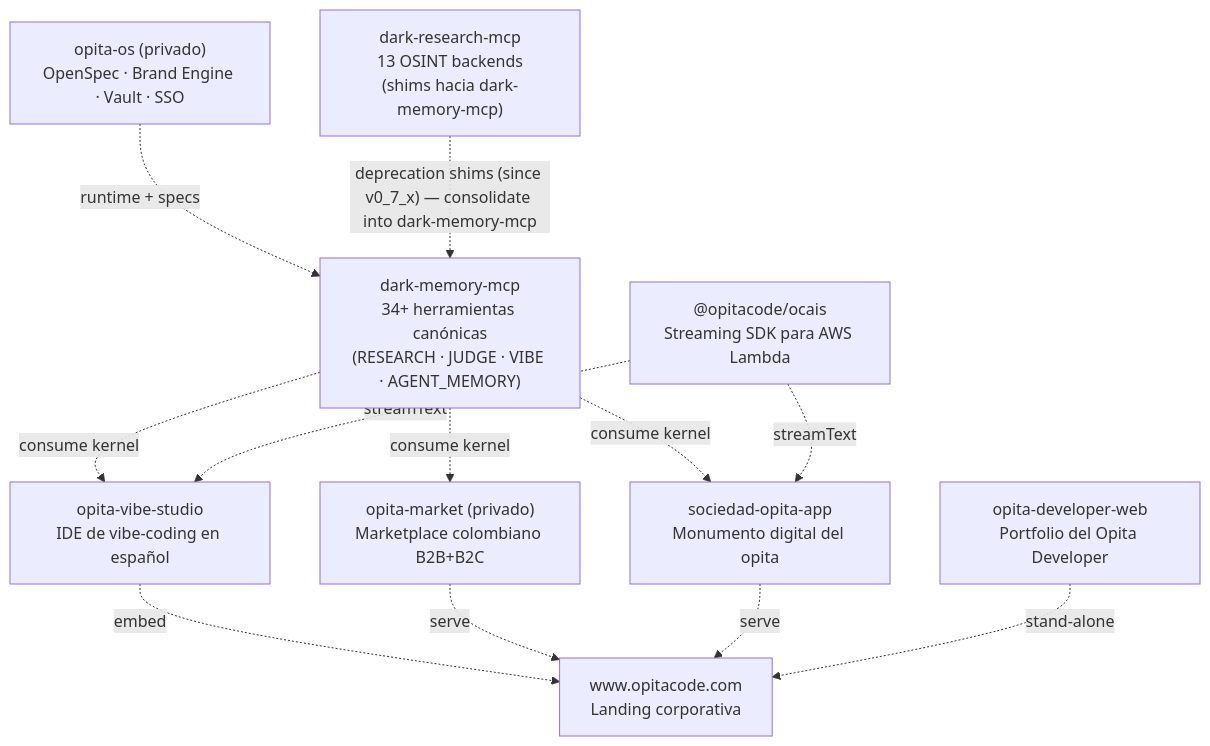
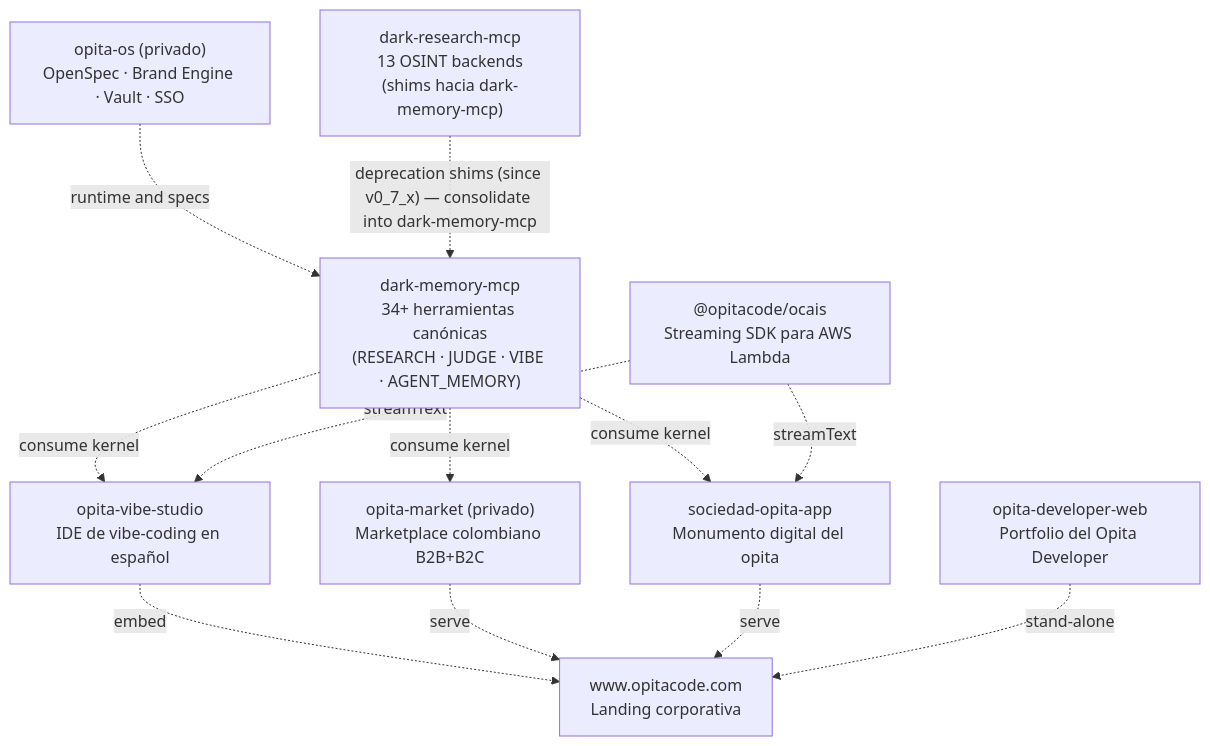
The diagram in profile/README.md (Opita-Code/.github), drawn with Mermaid before and after one commit.

Commit message:
docs(profile): defensive `+` removal in OS edge label
Tras el patch anterior (cfff34f), defensisva: eliminé el caracter
`+` del label "runtime + specs" para evitar cualquier edge case con
el renderer de Mermaid de GitHub que podría interpretarlo como
delimitador. Cambiado a "runtime and specs". Solo cambia ese edge,
los otros 9 quedan igual que en cfff34f.

````diff
--- a/profile/README.md
+++ b/profile/README.md
@@ -24,24 +24,24 @@
 ```mermaid
 graph TD
     OS["opita-os (privado)<br/>OpenSpec · Brand Engine · Vault · SSO"]
     DM["dark-memory-mcp<br/>34+ herramientas canónicas<br/>(RESEARCH · JUDGE · VIBE · AGENT_MEMORY)"]
     DR["dark-research-mcp<br/>13 OSINT backends<br/>(shims hacia dark-memory-mcp)"]
     SDK["@opitacode/ocais<br/>Streaming SDK para AWS Lambda"]
     VS["opita-vibe-studio<br/>IDE de vibe-coding en español"]
     SO["sociedad-opita-app<br/>Monumento digital del opita"]
     DEV["opita-developer-web<br/>Portfolio del Opita Developer"]
     WEB["www.opitacode.com<br/>Landing corporativa"]
     MK["opita-market (privado)<br/>Marketplace colombiano B2B+B2C"]
 
-    OS -.->|"runtime + specs"| DM
+    OS -.->|"runtime and specs"| DM
     DR -.->|"deprecation shims (since v0_7_x) — consolidate into dark-memory-mcp"| DM
     DM -.->|"consume kernel"| VS
     DM -.->|"consume kernel"| MK
     DM -.->|"consume kernel"| SO
     SDK -.->|"streamText"| VS
     SDK -.->|"streamText"| SO
     VS -.->|"embed"| WEB
     MK -.->|"serve"| WEB
     SO -.->|"serve"| WEB
     DEV -.->|"stand-alone"| WEB
 ```
````
